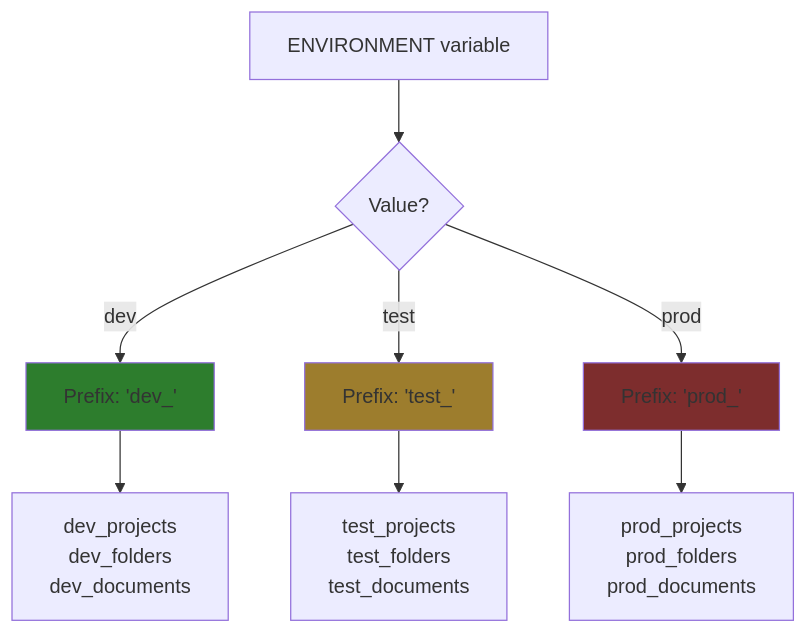
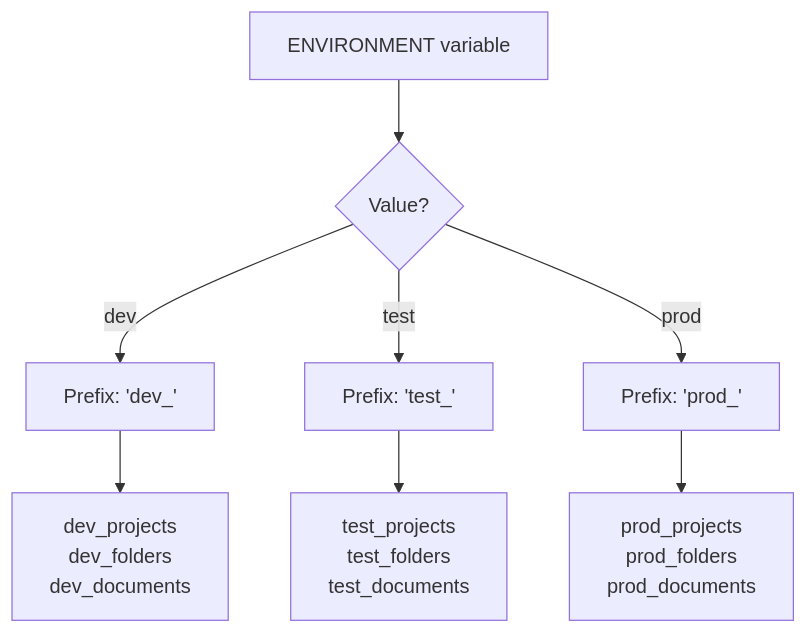
The diagram in _docs/technical/backend/database/connections.md (haowjy/meridian-flow), drawn with Mermaid before and after one commit. The commit also changed 46 other files, not shown here.

````diff
--- a/_docs/technical/backend/database/connections.md
+++ b/_docs/technical/backend/database/connections.md
@@ -73,15 +73,12 @@
 ```mermaid
 graph TB
     ENV["ENVIRONMENT variable"] --> CHECK{Value?}
     CHECK -->|"dev"| DEV["Prefix: 'dev_'"]
     CHECK -->|"test"| TEST["Prefix: 'test_'"]
     CHECK -->|"prod"| PROD["Prefix: 'prod_'"]
 
     DEV --> TABLES1["dev_projects<br/>dev_folders<br/>dev_documents"]
     TEST --> TABLES2["test_projects<br/>test_folders<br/>test_documents"]
     PROD --> TABLES3["prod_projects<br/>prod_folders<br/>prod_documents"]
 
-    style DEV fill:#2d7d2d
-    style TEST fill:#9d7d2d
-    style PROD fill:#7d2d2d
 ```
````
